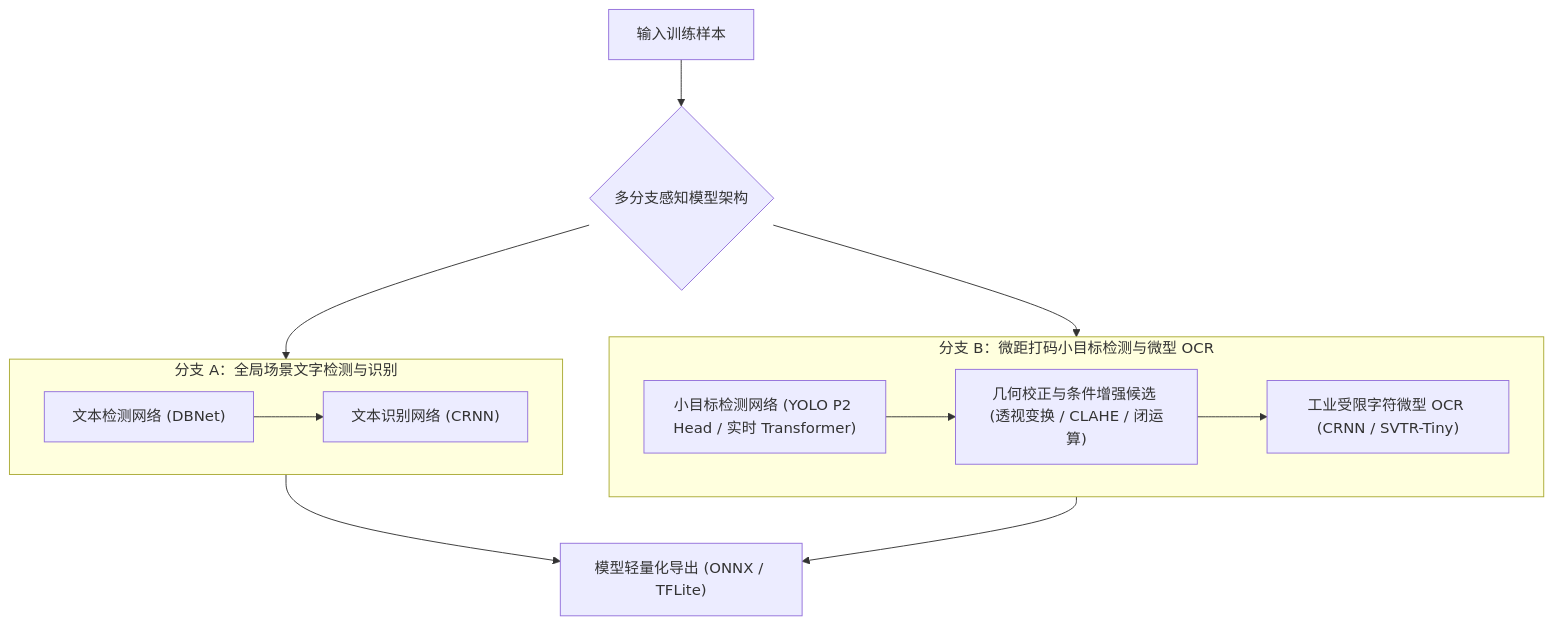
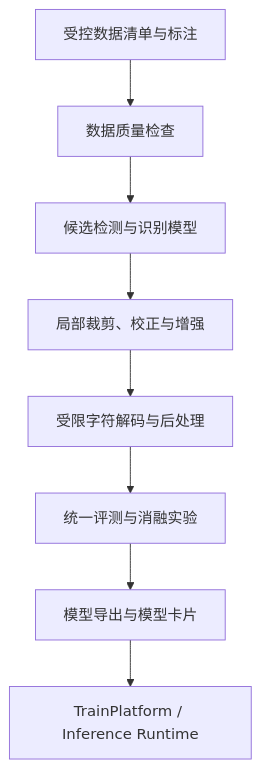
Before and after one commit to QingMouFoodDate/ModelTrain: the diagram in README.md, drawn with Mermaid. The commit also changed other lines of this file, not shown here.

````diff
--- a/README.md
+++ b/README.md
@@ -12,21 +35,10 @@
 ```mermaid
 flowchart TD
-    Img["输入训练样本"] --> MultiBranch{"多分支感知模型架构"}
-    
-    subgraph GlobalBranch["分支 A：全局场景文字检测与识别"]
-        G_Det["文本检测网络 (DBNet)"] --> G_Rec["文本识别网络 (CRNN)"]
-    end
-    
-    subgraph LocalBranch["分支 B：微距打码小目标检测与微型 OCR"]
-        L_Det["小目标检测网络 (YOLO P2 Head / 实时 Transformer)"]
-        L_Pre["几何校正与条件增强候选 (透视变换 / CLAHE / 闭运算)"]
-        L_OCR["工业受限字符微型 OCR (CRNN / SVTR-Tiny)"]
-        L_Det --> L_Pre --> L_OCR
-    end
-
-    MultiBranch --> GlobalBranch
-    MultiBranch --> LocalBranch
-
-    GlobalBranch --> Export["模型轻量化导出 (ONNX / TFLite)"]
-    LocalBranch --> Export
+    A["受控数据清单与标注"] --> B["数据质量检查"]
+    B --> C["候选检测与识别模型"]
+    C --> D["局部裁剪、校正与增强"]
+    D --> E["受限字符解码与后处理"]
+    E --> F["统一评测与消融实验"]
+    F --> G["模型导出与模型卡片"]
+    G --> H["TrainPlatform / Inference Runtime"]
 ```
````
